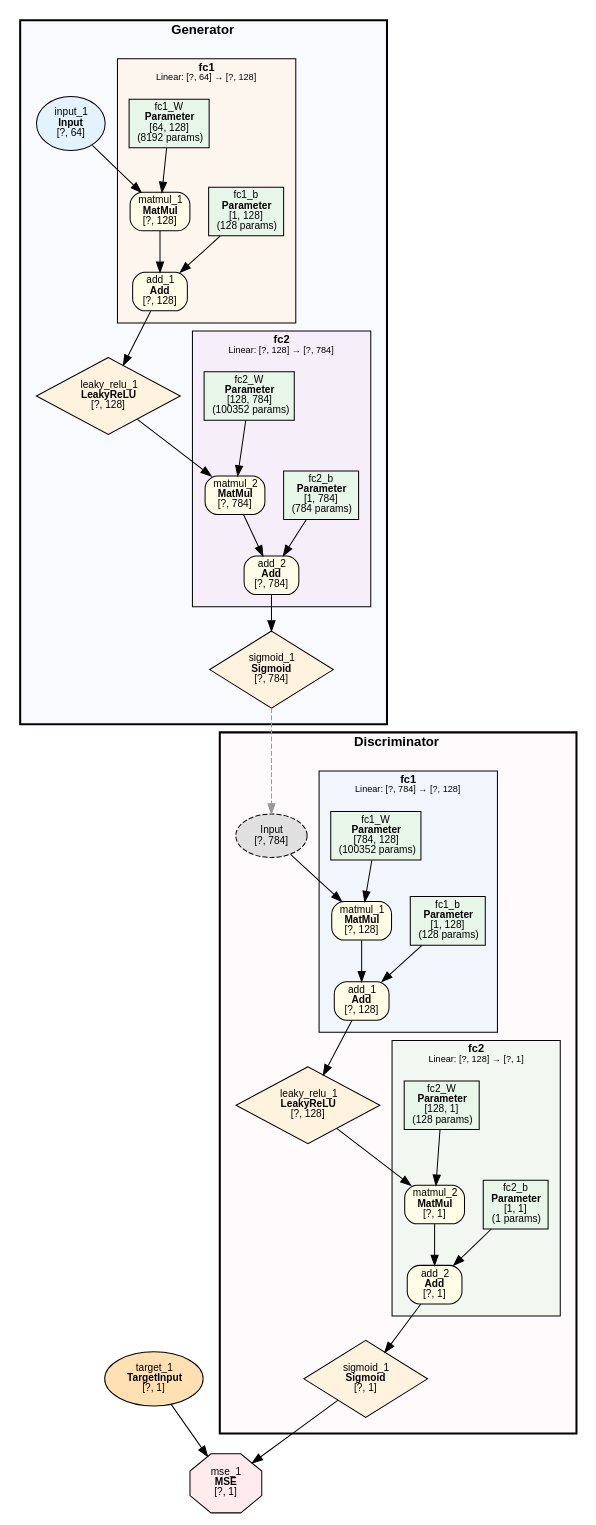
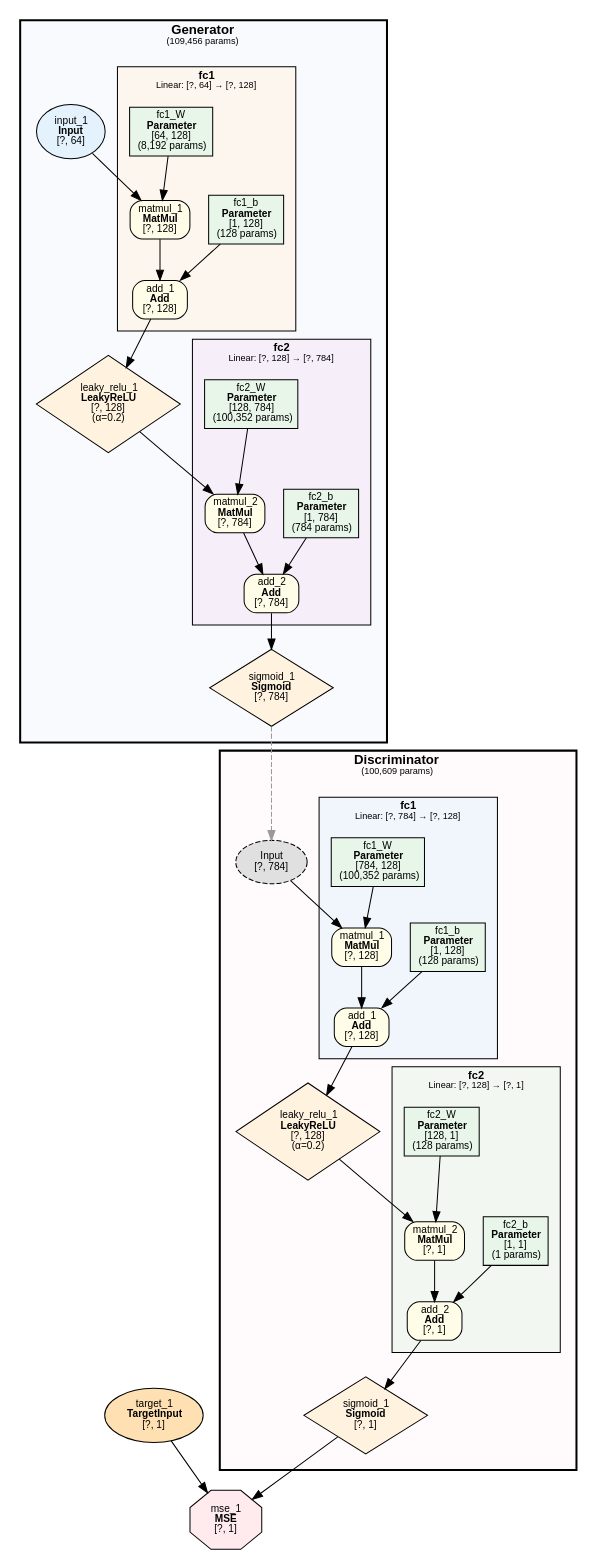
The diagram in examples/mnist_gan/mnist_gan.dot (dbsxdbsx/only_torch), drawn with Graphviz before and after one commit. The commit also changed 17 other files, not shown here.

```diff
--- a/examples/mnist_gan/mnist_gan.dot
+++ b/examples/mnist_gan/mnist_gan.dot
@@ -1,112 +1,112 @@
 digraph ComputeGraph {
     rankdir=TB;
     newrank=true;
     splines=polyline;
     node [fontname="Microsoft YaHei,SimHei,Arial"];
     edge [fontname="Microsoft YaHei,SimHei,Arial"];
 
     subgraph cluster_model_Discriminator {
-        label=<<B>Discriminator</B>>;
+        label=<<B>Discriminator</B><BR/><FONT POINT-SIZE="9">(100,609 params)</FONT>>;
         style="filled,bold";
         fillcolor="#FFEBEE40";
         fontname="Microsoft YaHei,SimHei,Arial";
         fontsize=13;
         margin=16;
 
         subgraph cluster_Discriminator_fc1 {
             label=<<B>fc1</B><BR/><FONT POINT-SIZE="9">Linear: [?, 784] → [?, 128]</FONT>>;
             style=filled;
             fillcolor="#E3F2FD80";
             fontname="Microsoft YaHei,SimHei,Arial";
             fontsize=11;
             margin=12;
                 "12017" [label=<add_1<BR/><B>Add</B><BR/>[?, 128]> shape=box style="filled,rounded" fillcolor="#FFFDE7" fontsize=10];
                 "12016" [label=<matmul_1<BR/><B>MatMul</B><BR/>[?, 128]> shape=box style="filled,rounded" fillcolor="#FFFDE7" fontsize=10];
                 "6" [label=<fc1_b<BR/><B>Parameter</B><BR/>[1, 128]<BR/>(128 params)> shape=box style=filled fillcolor="#E8F5E9" fontsize=10];
-                "5" [label=<fc1_W<BR/><B>Parameter</B><BR/>[784, 128]<BR/>(100352 params)> shape=box style=filled fillcolor="#E8F5E9" fontsize=10];
+                "5" [label=<fc1_W<BR/><B>Parameter</B><BR/>[784, 128]<BR/>(100,352 params)> shape=box style=filled fillcolor="#E8F5E9" fontsize=10];
         }
 
         subgraph cluster_Discriminator_fc2 {
             label=<<B>fc2</B><BR/><FONT POINT-SIZE="9">Linear: [?, 128] → [?, 1]</FONT>>;
             style=filled;
             fillcolor="#E8F5E980";
             fontname="Microsoft YaHei,SimHei,Arial";
             fontsize=11;
             margin=12;
                 "12020" [label=<add_2<BR/><B>Add</B><BR/>[?, 1]> shape=box style="filled,rounded" fillcolor="#FFFDE7" fontsize=10];
                 "12019" [label=<matmul_2<BR/><B>MatMul</B><BR/>[?, 1]> shape=box style="filled,rounded" fillcolor="#FFFDE7" fontsize=10];
                 "8" [label=<fc2_b<BR/><B>Parameter</B><BR/>[1, 1]<BR/>(1 params)> shape=box style=filled fillcolor="#E8F5E9" fontsize=10];
                 "7" [label=<fc2_W<BR/><B>Parameter</B><BR/>[128, 1]<BR/>(128 params)> shape=box style=filled fillcolor="#E8F5E9" fontsize=10];
         }
 
         "12021" [label=<sigmoid_1<BR/><B>Sigmoid</B><BR/>[?, 1]> shape=diamond style=filled fillcolor="#FFF3E0" fontsize=10];
-        "12018" [label=<leaky_relu_1<BR/><B>LeakyReLU</B><BR/>[?, 128]> shape=diamond style=filled fillcolor="#FFF3E0" fontsize=10];
+        "12018" [label=<leaky_relu_1<BR/><B>LeakyReLU</B><BR/>[?, 128]<BR/>(α=0.2)> shape=diamond style=filled fillcolor="#FFF3E0" fontsize=10];
         "virt_12015_Discriminator" [label=<Input<BR/>[?, 784]> shape=ellipse style="filled,dashed" fillcolor="#E0E0E0" fontsize=10];
     }
 
     subgraph cluster_model_Generator {
-        label=<<B>Generator</B>>;
+        label=<<B>Generator</B><BR/><FONT POINT-SIZE="9">(109,456 params)</FONT>>;
         style="filled,bold";
         fillcolor="#E8EAF640";
         fontname="Microsoft YaHei,SimHei,Arial";
         fontsize=13;
         margin=16;
 
         subgraph cluster_Generator_fc1 {
             label=<<B>fc1</B><BR/><FONT POINT-SIZE="9">Linear: [?, 64] → [?, 128]</FONT>>;
             style=filled;
             fillcolor="#FFF3E080";
             fontname="Microsoft YaHei,SimHei,Arial";
             fontsize=11;
             margin=12;
                 "12011" [label=<add_1<BR/><B>Add</B><BR/>[?, 128]> shape=box style="filled,rounded" fillcolor="#FFFDE7" fontsize=10];
                 "12010" [label=<matmul_1<BR/><B>MatMul</B><BR/>[?, 128]> shape=box style="filled,rounded" fillcolor="#FFFDE7" fontsize=10];
                 "2" [label=<fc1_b<BR/><B>Parameter</B><BR/>[1, 128]<BR/>(128 params)> shape=box style=filled fillcolor="#E8F5E9" fontsize=10];
-                "1" [label=<fc1_W<BR/><B>Parameter</B><BR/>[64, 128]<BR/>(8192 params)> shape=box style=filled fillcolor="#E8F5E9" fontsize=10];
+                "1" [label=<fc1_W<BR/><B>Parameter</B><BR/>[64, 128]<BR/>(8,192 params)> shape=box style=filled fillcolor="#E8F5E9" fontsize=10];
         }
 
         subgraph cluster_Generator_fc2 {
             label=<<B>fc2</B><BR/><FONT POINT-SIZE="9">Linear: [?, 128] → [?, 784]</FONT>>;
             style=filled;
             fillcolor="#F3E5F580";
             fontname="Microsoft YaHei,SimHei,Arial";
             fontsize=11;
             margin=12;
                 "12014" [label=<add_2<BR/><B>Add</B><BR/>[?, 784]> shape=box style="filled,rounded" fillcolor="#FFFDE7" fontsize=10];
                 "12013" [label=<matmul_2<BR/><B>MatMul</B><BR/>[?, 784]> shape=box style="filled,rounded" fillcolor="#FFFDE7" fontsize=10];
                 "4" [label=<fc2_b<BR/><B>Parameter</B><BR/>[1, 784]<BR/>(784 params)> shape=box style=filled fillcolor="#E8F5E9" fontsize=10];
-                "3" [label=<fc2_W<BR/><B>Parameter</B><BR/>[128, 784]<BR/>(100352 params)> shape=box style=filled fillcolor="#E8F5E9" fontsize=10];
+                "3" [label=<fc2_W<BR/><B>Parameter</B><BR/>[128, 784]<BR/>(100,352 params)> shape=box style=filled fillcolor="#E8F5E9" fontsize=10];
         }
 
         "12015" [label=<sigmoid_1<BR/><B>Sigmoid</B><BR/>[?, 784]> shape=diamond style=filled fillcolor="#FFF3E0" fontsize=10];
-        "12012" [label=<leaky_relu_1<BR/><B>LeakyReLU</B><BR/>[?, 128]> shape=diamond style=filled fillcolor="#FFF3E0" fontsize=10];
+        "12012" [label=<leaky_relu_1<BR/><B>LeakyReLU</B><BR/>[?, 128]<BR/>(α=0.2)> shape=diamond style=filled fillcolor="#FFF3E0" fontsize=10];
         "12009" [label=<input_1<BR/><B>Input</B><BR/>[?, 64]> shape=ellipse style=filled fillcolor="#E3F2FD" fontsize=10];
     }
 
     "12023" [label=<mse_1<BR/><B>MSE</B><BR/>[?, 1]> shape=octagon style=filled fillcolor="#FFEBEE" fontsize=10];
     "12022" [label=<target_1<BR/><B>TargetInput</B><BR/>[?, 1]> shape=ellipse style=filled fillcolor="#FFE0B2" fontsize=10];
 
     "12021" -> "12023";
     "12022" -> "12023";
     "12020" -> "12021";
     "12019" -> "12020";
     "8" -> "12020";
     "12018" -> "12019";
     "7" -> "12019";
     "12017" -> "12018";
     "12016" -> "12017";
     "6" -> "12017";
     "12015" -> "virt_12015_Discriminator" [style=dashed color="#999999"];
     "virt_12015_Discriminator" -> "12016";
     "5" -> "12016";
     "12014" -> "12015";
     "12013" -> "12014";
     "4" -> "12014";
     "12012" -> "12013";
     "3" -> "12013";
     "12011" -> "12012";
     "12010" -> "12011";
     "2" -> "12011";
     "12009" -> "12010";
     "1" -> "12010";
 }
```
